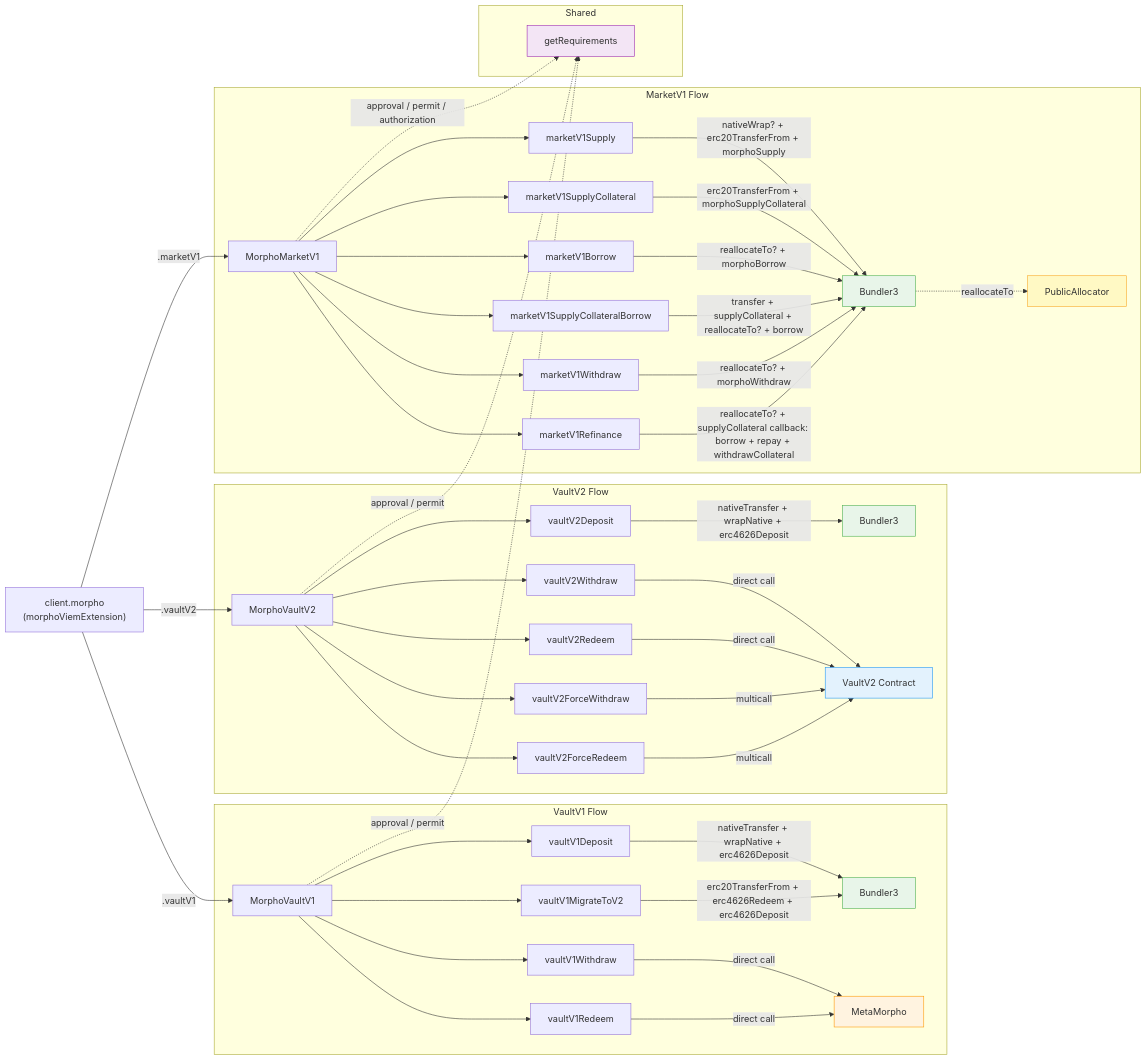
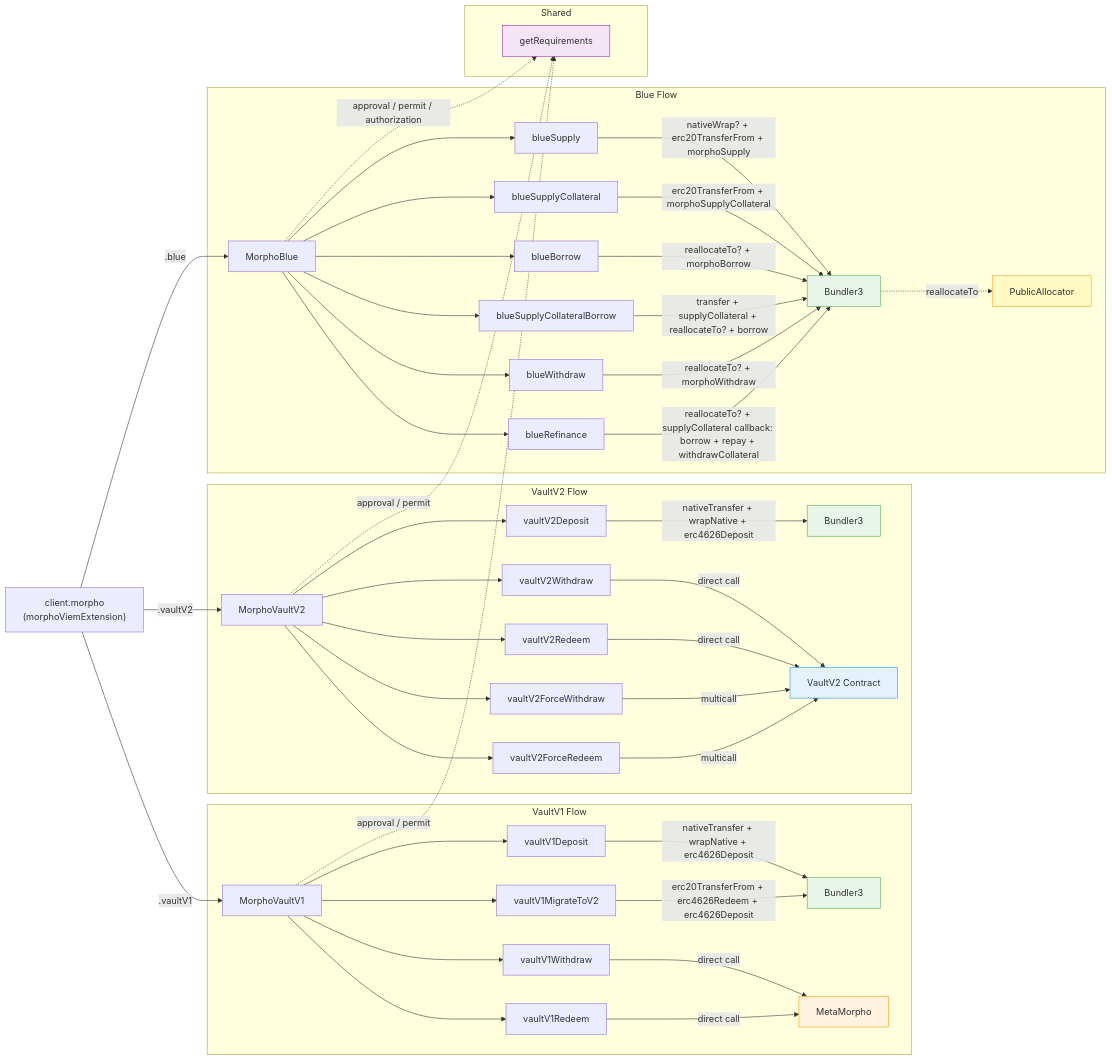
Before and after one commit to morpho-org/sdks: the diagram in packages/morpho-sdk/README.md, drawn with Mermaid. The commit also changed other lines of this file and 111 other files, not shown here.

First line of the commit message:
feat(morpho-sdk)!: rename MarketV1 to Blue (#767)

````diff
--- a/packages/morpho-sdk/README.md
+++ b/packages/morpho-sdk/README.md
@@ -515,72 +518,72 @@
 ```mermaid
 graph LR
     MC["client.morpho<br/>(morphoViemExtension)"]
 
     MC -->|.vaultV1| MV1
     MC -->|.vaultV2| MV2
-    MC -->|.marketV1| MM1
+    MC -->|.blue| MM1
 
     subgraph VaultV1 Flow
         MV1[MorphoVaultV1]
         MV1 --> V1D[vaultV1Deposit]
         MV1 --> V1W[vaultV1Withdraw]
         MV1 --> V1R[vaultV1Redeem]
         MV1 --> V1M[vaultV1MigrateToV2]
 
         V1D -->|nativeTransfer + wrapNative + erc4626Deposit| B1[Bundler3]
         V1W -->|direct call| MM[MetaMorpho]
         V1R -->|direct call| MM
         V1M -->|erc20TransferFrom + erc4626Redeem + erc4626Deposit| B1
     end
 
     subgraph VaultV2 Flow
         MV2[MorphoVaultV2]
         MV2 --> V2D[vaultV2Deposit]
         MV2 --> V2W[vaultV2Withdraw]
         MV2 --> V2R[vaultV2Redeem]
         MV2 --> V2FW[vaultV2ForceWithdraw]
         MV2 --> V2FR[vaultV2ForceRedeem]
 
         V2D -->|nativeTransfer + wrapNative + erc4626Deposit| B2[Bundler3]
         V2W -->|direct call| V2C[VaultV2 Contract]
         V2R -->|direct call| V2C
         V2FW -->|multicall| V2C
         V2FR -->|multicall| V2C
     end
 
-    subgraph MarketV1 Flow
-        MM1[MorphoMarketV1]
-        MM1 --> M1S[marketV1Supply]
-        MM1 --> M1SC[marketV1SupplyCollateral]
-        MM1 --> M1B[marketV1Borrow]
-        MM1 --> M1SCB[marketV1SupplyCollateralBorrow]
-        MM1 --> M1W[marketV1Withdraw]
-        MM1 --> M1RF[marketV1Refinance]
+    subgraph Blue Flow
+        MM1[MorphoBlue]
+        MM1 --> M1S[blueSupply]
+        MM1 --> M1SC[blueSupplyCollateral]
+        MM1 --> M1B[blueBorrow]
+        MM1 --> M1SCB[blueSupplyCollateralBorrow]
+        MM1 --> M1W[blueWithdraw]
+        MM1 --> M1RF[blueRefinance]
 
         M1S -->|nativeWrap? + erc20TransferFrom + morphoSupply| B3[Bundler3]
         M1SC -->|erc20TransferFrom + morphoSupplyCollateral| B3
         M1B -->|reallocateTo? + morphoBorrow| B3
         M1SCB -->|transfer + supplyCollateral + reallocateTo? + borrow| B3
         M1W -->|reallocateTo? + morphoWithdraw| B3
         M1RF -->|reallocateTo? + supplyCollateral callback: borrow + repay + withdrawCollateral| B3
 
         B3 -.->|reallocateTo| PA[PublicAllocator]
     end
 
 
     subgraph Shared
         REQ[getRequirements]
     end
 
     MV1 -.->|approval / permit| REQ
     MV2 -.->|approval / permit| REQ
     MM1 -.->|approval / permit / authorization| REQ
 
     style B1 fill:#e8f5e9,stroke:#4caf50
     style B2 fill:#e8f5e9,stroke:#4caf50
     style B3 fill:#e8f5e9,stroke:#4caf50
     style MM fill:#fff3e0,stroke:#ff9800
     style V2C fill:#e3f2fd,stroke:#2196f3
     style REQ fill:#f3e5f5,stroke:#9c27b0
     style PA fill:#fff9c4,stroke:#f9a825
 ```
````
